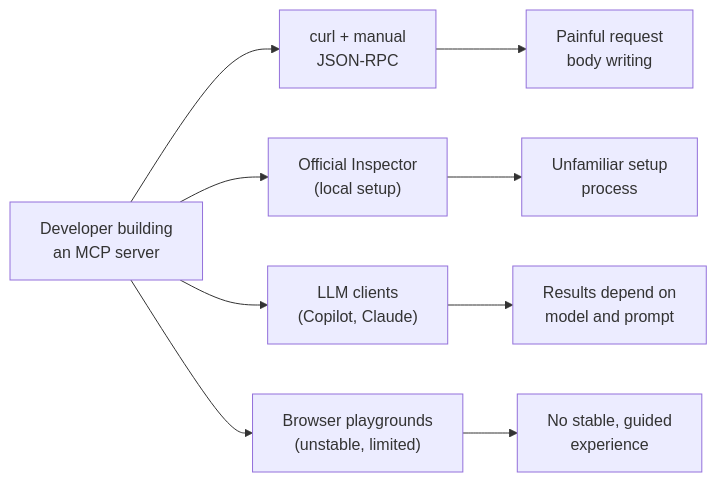
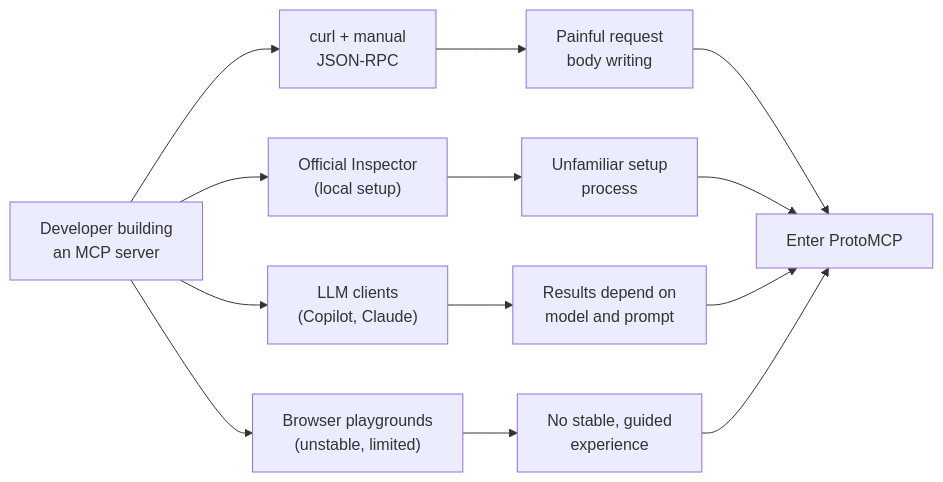
One commit to jaseci-labs/jaseci-blogs changed the diagram in docs/blog/posts/building_mcp_protolab.md. Above: the diagram before and after it, drawn with Mermaid. The commit also changed other lines of this file, not shown here.

First line of the commit message:
Update building_mcp_protolab.md

````diff
--- a/docs/blog/posts/building_mcp_protolab.md
+++ b/docs/blog/posts/building_mcp_protolab.md
@@ -32,11 +43,15 @@
 ```mermaid
 flowchart LR
     A["Developer building\nan MCP server"] --> B["curl + manual\nJSON-RPC"]
     A --> C["Official Inspector\n(local setup)"]
     A --> D["LLM clients\n(Copilot, Claude)"]
     A --> E["Browser playgrounds\n(unstable, limited)"]
     B --> F["Painful request\nbody writing"]
     C --> F2["Unfamiliar setup\nprocess"]
     D --> F3["Results depend on\nmodel and prompt"]
     E --> F4["No stable, guided\nexperience"]
+    F --> G["Enter ProtoMCP"]
+    F2 --> G
+    F3 --> G
+    F4 --> G
 ```
````
